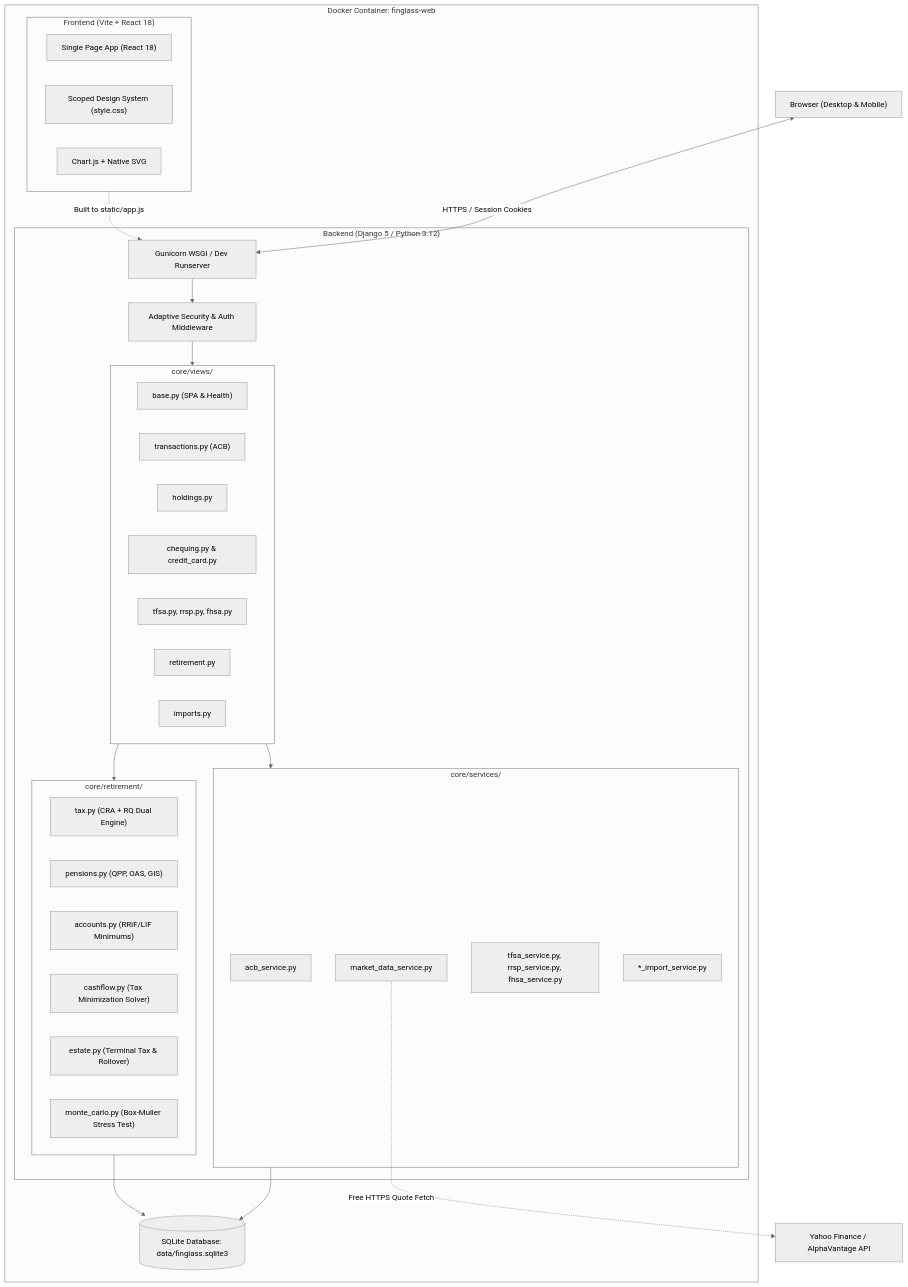
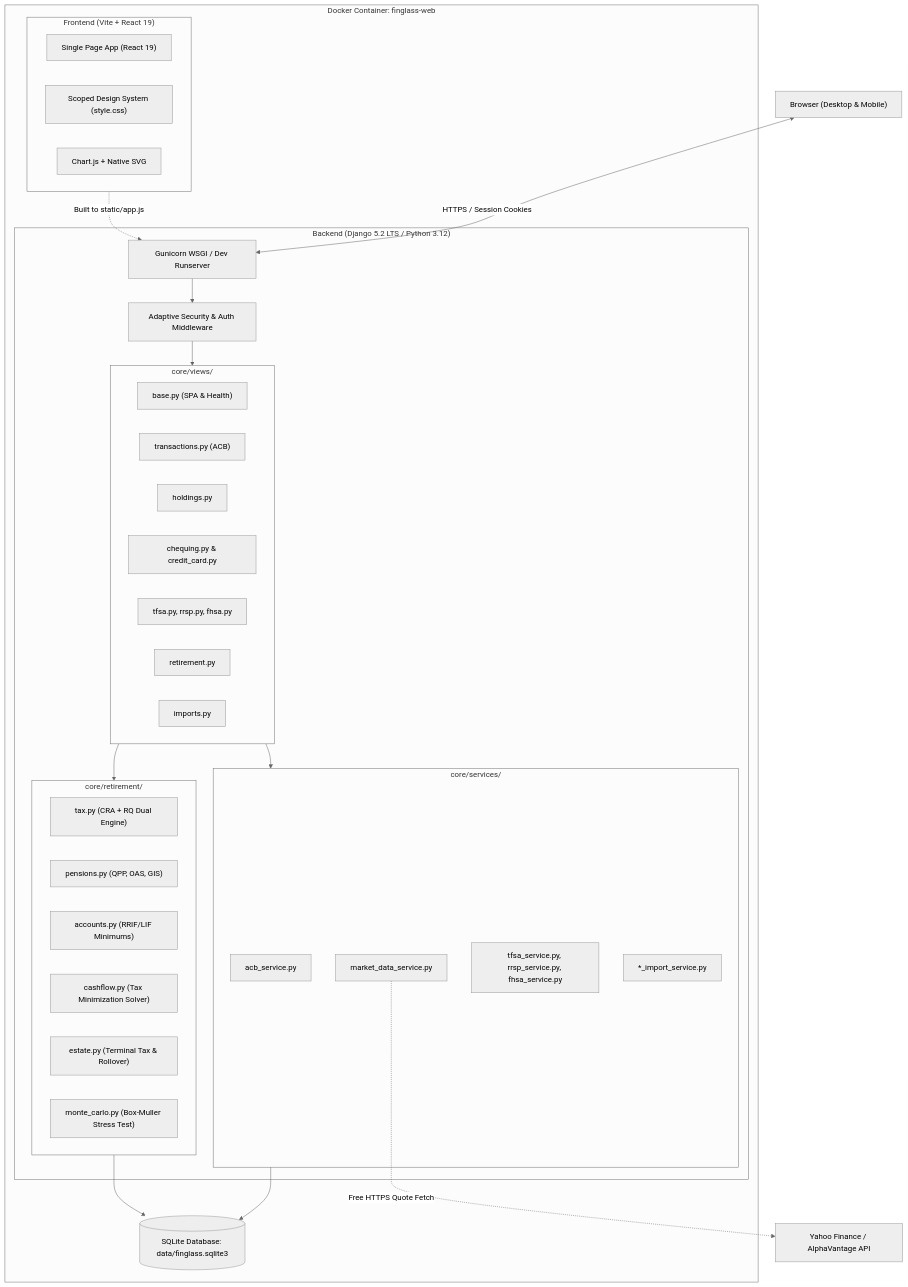
The diagram in docs/ARCHITECTURE.md (GabrielJean/FinGlass), drawn with Mermaid (neutral theme) before and after one commit. The commit also changed other lines of this file and 8 other files, not shown here.

Commit message:
chore(upgrade): upgrade React to 19 LTS and Django to 5.2 LTS with dependencies (v1.5.0)

````diff
--- a/docs/ARCHITECTURE.md
+++ b/docs/ARCHITECTURE.md
@@ -11,57 +11,57 @@
 ```mermaid
 flowchart TD
     Client["Browser (Desktop & Mobile)"]
     
     subgraph Container ["Docker Container: finglass-web"]
-        subgraph FrontendBuild ["Frontend (Vite + React 18)"]
-            UI["Single Page App (React 18)"]
+        subgraph FrontendBuild ["Frontend (Vite + React 19)"]
+            UI["Single Page App (React 19)"]
             CSS["Scoped Design System (style.css)"]
             Charts["Chart.js + Native SVG"]
         end
         
-        subgraph DjangoBackend ["Backend (Django 5 / Python 3.12)"]
+        subgraph DjangoBackend ["Backend (Django 5.2 LTS / Python 3.12)"]
             WSGI["Gunicorn WSGI / Dev Runserver"]
             Middleware["Adaptive Security & Auth Middleware"]
             
             subgraph CoreViews ["core/views/"]
                 V_Base["base.py (SPA & Health)"]
                 V_Tx["transactions.py (ACB)"]
                 V_Hold["holdings.py"]
                 V_Bank["chequing.py & credit_card.py"]
                 V_Tax["tfsa.py, rrsp.py, fhsa.py"]
                 V_Ret["retirement.py"]
                 V_Imp["imports.py"]
             end
             
             subgraph Services ["core/services/"]
                 S_ACB["acb_service.py"]
                 S_Mkt["market_data_service.py"]
                 S_Shelter["tfsa_service.py, rrsp_service.py, fhsa_service.py"]
                 S_Imports["*_import_service.py"]
             end
             
             subgraph Engine ["core/retirement/"]
                 E_Tax["tax.py (CRA + RQ Dual Engine)"]
                 E_Pension["pensions.py (QPP, OAS, GIS)"]
                 E_Accounts["accounts.py (RRIF/LIF Minimums)"]
                 E_Cashflow["cashflow.py (Tax Minimization Solver)"]
                 E_Estate["estate.py (Terminal Tax & Rollover)"]
                 E_MC["monte_carlo.py (Box-Muller Stress Test)"]
             end
         end
         
         DB[("SQLite Database: data/finglass.sqlite3")]
     end
     
     Yahoo["Yahoo Finance / AlphaVantage API"]
 
     Client <-->|HTTPS / Session Cookies| WSGI
     WSGI --> Middleware
     Middleware --> CoreViews
     CoreViews --> Services
     CoreViews --> Engine
     Services --> DB
     Engine --> DB
     S_Mkt -.->|Free HTTPS Quote Fetch| Yahoo
     FrontendBuild -.->|Built to static/app.js| WSGI
 ```
````
